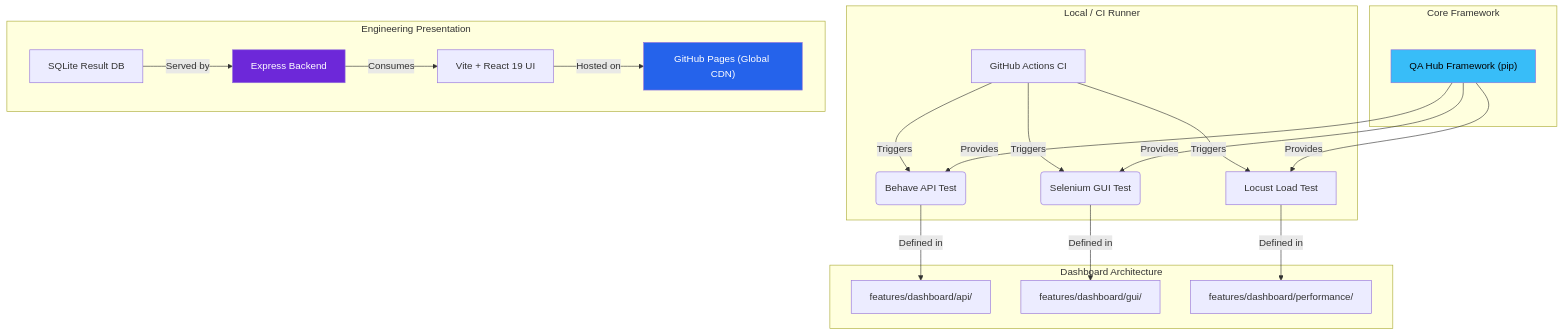
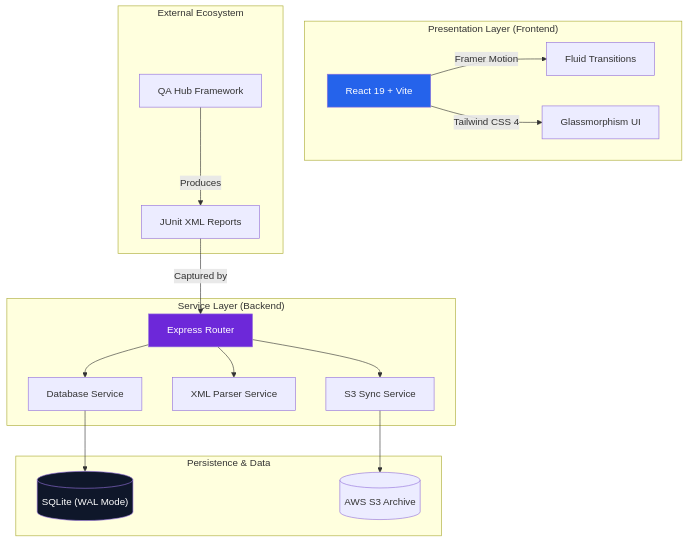
One commit to carlos-camara/dashboard changed the diagram in README.md. Above: the diagram before and after it, drawn with Mermaid. The commit also changed other lines of this file and 37 other files, not shown here.

````diff
--- a/README.md
+++ b/README.md
@@ -80,28 +42,27 @@
 ```mermaid
 graph TD
-    subgraph "Local / CI Runner"
-        A["GitHub Actions CI"] -->|Triggers| B("Behave API Test")
-        A -->|Triggers| C("Selenium GUI Test")
-        A -->|Triggers| L["Locust Load Test"]
+    subgraph "Presentation Layer (Frontend)"
+        UI["React 19 + Vite"] -->|Framer Motion| ANIM["Fluid Transitions"]
+        UI -->|Tailwind CSS 4| GLASS["Glassmorphism UI"]
     end
 
-    subgraph "Core Framework"
-        FW["QA Hub Framework (pip)"] -->|Provides| B & C & L
+    subgraph "Service Layer (Backend)"
+        API["Express Router"] --> S3["S3 Sync Service"]
+        API --> PARSE["XML Parser Service"]
+        API --> DB_SERV["Database Service"]
     end
 
-    subgraph "Dashboard Architecture"
-        B -->|Defined in| B_PATH["features/dashboard/api/"]
-        C -->|Defined in| C_PATH["features/dashboard/gui/"]
-        L -->|Defined in| L_PATH["features/dashboard/performance/"]
+    subgraph "Persistence & Data"
+        DB_SERV --> SQLITE[("SQLite (WAL Mode)")]
+        S3 --> AWS[("AWS S3 Archive")]
     end
 
-    subgraph "Engineering Presentation"
-        DB["SQLite Result DB"] -->|Served by| G["Express Backend"]
-        G -->|Consumes| H["Vite + React 19 UI"]
-        H -->|Hosted on| P["GitHub Pages (Global CDN)"]
+    subgraph "External Ecosystem"
+        QA_HUB["QA Hub Framework"] -->|Produces| XML["JUnit XML Reports"]
+        XML -->|Captured by| API
     end
     
-    style G fill:#6d28d9,color:#fff
-    style P fill:#2563eb,color:#fff
-    style FW fill:#38bdf8,color:#000
+    style API fill:#6d28d9,color:#fff
+    style UI fill:#2563eb,color:#fff
+    style SQLITE fill:#0f172a,color:#fff
 ```
````
